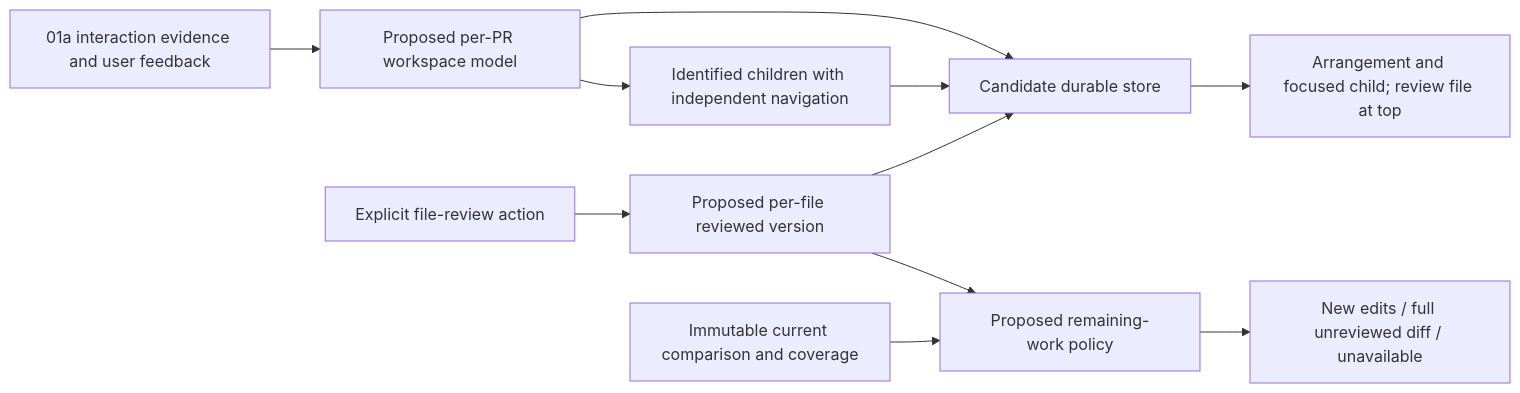
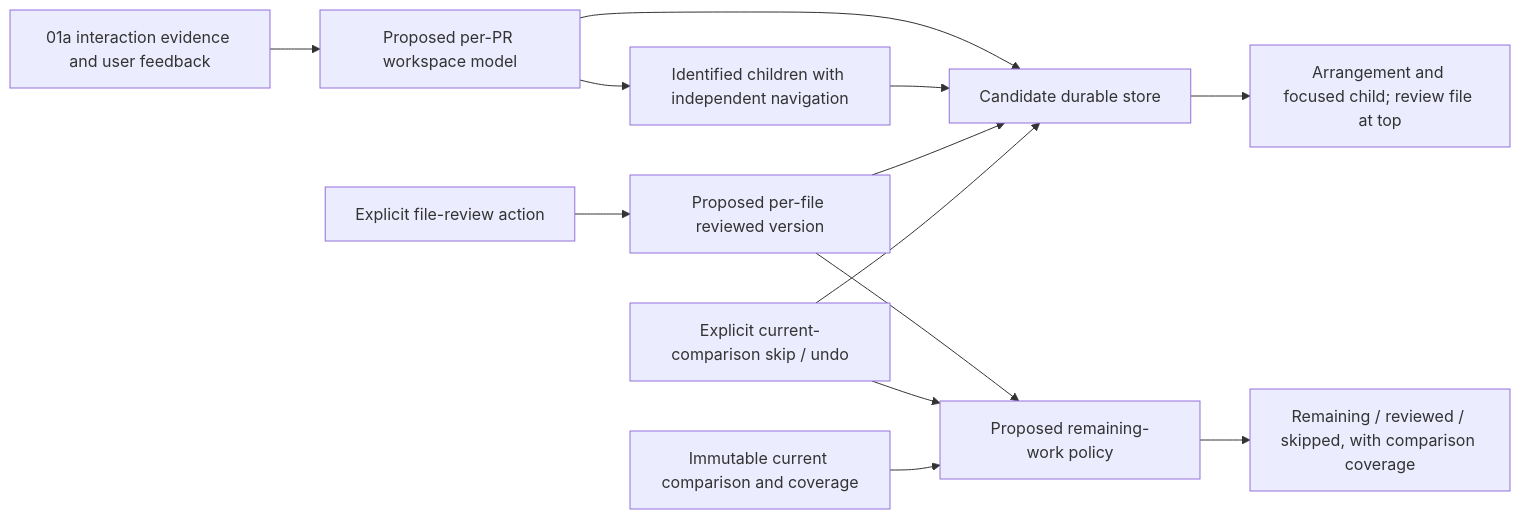
One commit to kyleve/Stuff changed the diagram in Plans/2026-11-14-mobius/01-review-state-foundation.md. Above: the diagram before and after it, drawn with Mermaid. The commit also changed other lines of this file and 6 other files, not shown here.

````diff
--- a/Plans/2026-11-14-mobius/01-review-state-foundation.md
+++ b/Plans/2026-11-14-mobius/01-review-state-foundation.md
@@ -35,13 +38,15 @@
 ```mermaid
 flowchart LR
     Prototype["01a interaction evidence and user feedback"] --> Model["Proposed per-PR workspace model"]
     Intent["Explicit file-review action"] --> Evidence["Proposed per-file reviewed version"]
     Evidence --> Policy["Proposed remaining-work policy"]
+    Skip["Explicit current-comparison skip / undo"] --> Policy
     Revisions["Immutable current comparison and coverage"] --> Policy
     Model --> Children["Identified children with independent navigation"]
     Model --> Store["Candidate durable store"]
     Children --> Store
     Evidence --> Store
+    Skip --> Store
     Store --> Resume["Arrangement and focused child; review file at top"]
-    Policy --> Result["New edits / full unreviewed diff / unavailable"]
+    Policy --> Result["Remaining / reviewed / skipped, with comparison coverage"]
 ```
````
